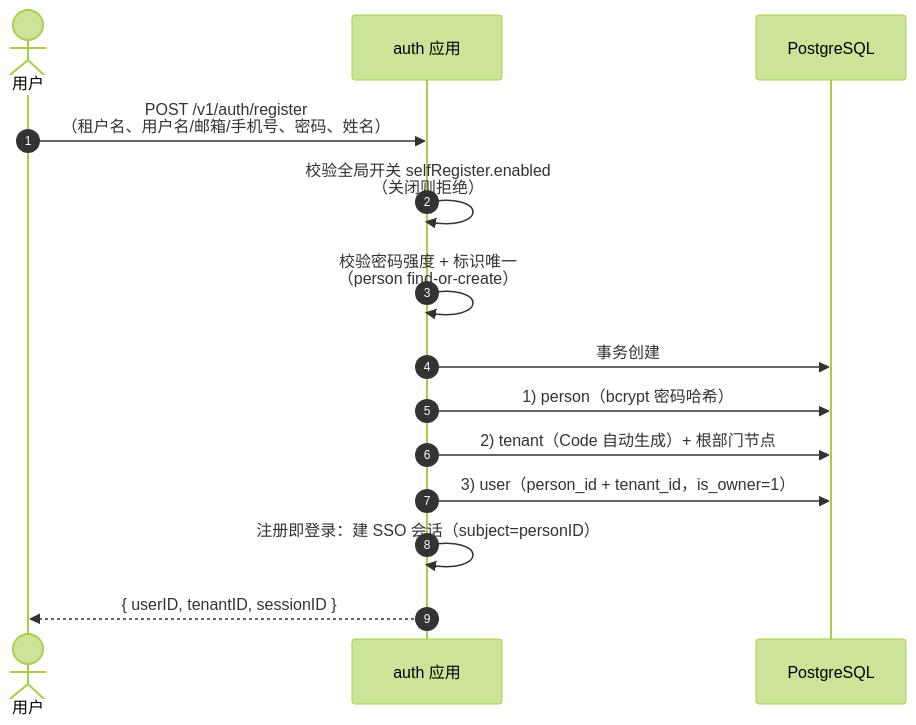
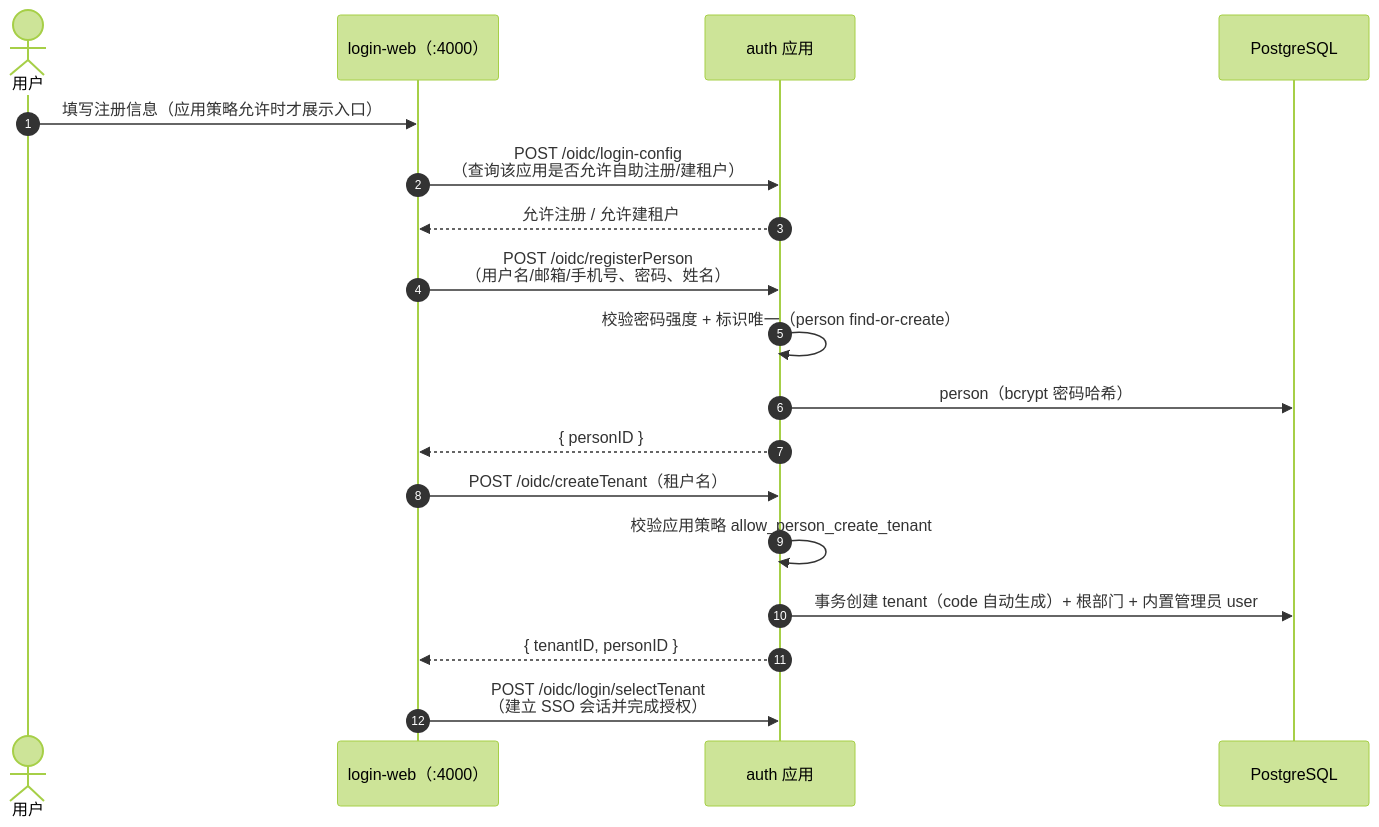
Before and after one commit to morehao/ark-iam: the fourth of 15 diagrams in docs/design/system-design.md, drawn with Mermaid (forest theme). The commit also changed other lines of this file and 100 other files, not shown here.

First line of the commit message:
fix(auth): enforce allow_join_by_invite gate on tenant join (#64)

````diff
--- a/docs/design/system-design.md
+++ b/docs/design/system-design.md
@@ -560,17 +596,21 @@
 ```mermaid
 sequenceDiagram
     autonumber
     actor U as 用户
+    participant LW as login-web（:4000）
     participant A as auth 应用
     participant DB as PostgreSQL
 
-    U->>A: POST /v1/auth/register<br/>（租户名、用户名/邮箱/手机号、密码、姓名）
-    A->>A: 校验全局开关 selfRegister.enabled<br/>（关闭则拒绝）
-    A->>A: 校验密码强度 + 标识唯一<br/>（person find-or-create）
-    A->>DB: 事务创建
-    A->>DB: 1) person（bcrypt 密码哈希）
-    A->>DB: 2) tenant（Code 自动生成）+ 根部门节点
-    A->>DB: 3) user（person_id + tenant_id，is_owner=1）
-    A->>A: 注册即登录：建 SSO 会话（subject=personID）
-    A-->>U: { userID, tenantID, sessionID }
+    U->>LW: 填写注册信息（应用策略允许时才展示入口）
+    LW->>A: POST /oidc/login-config<br/>（查询该应用是否允许自助注册/建租户）
+    A-->>LW: 允许注册 / 允许建租户
+    LW->>A: POST /oidc/registerPerson<br/>（用户名/邮箱/手机号、密码、姓名）
+    A->>A: 校验密码强度 + 标识唯一（person find-or-create）
+    A->>DB: person（bcrypt 密码哈希）
+    A-->>LW: { personID }
+    LW->>A: POST /oidc/createTenant（租户名）
+    A->>A: 校验应用策略 allow_person_create_tenant
+    A->>DB: 事务创建 tenant（code 自动生成）+ 根部门 + 内置管理员 user
+    A-->>LW: { tenantID, personID }
+    LW->>A: POST /oidc/login/selectTenant<br/>（建立 SSO 会话并完成授权）
 ```
````
